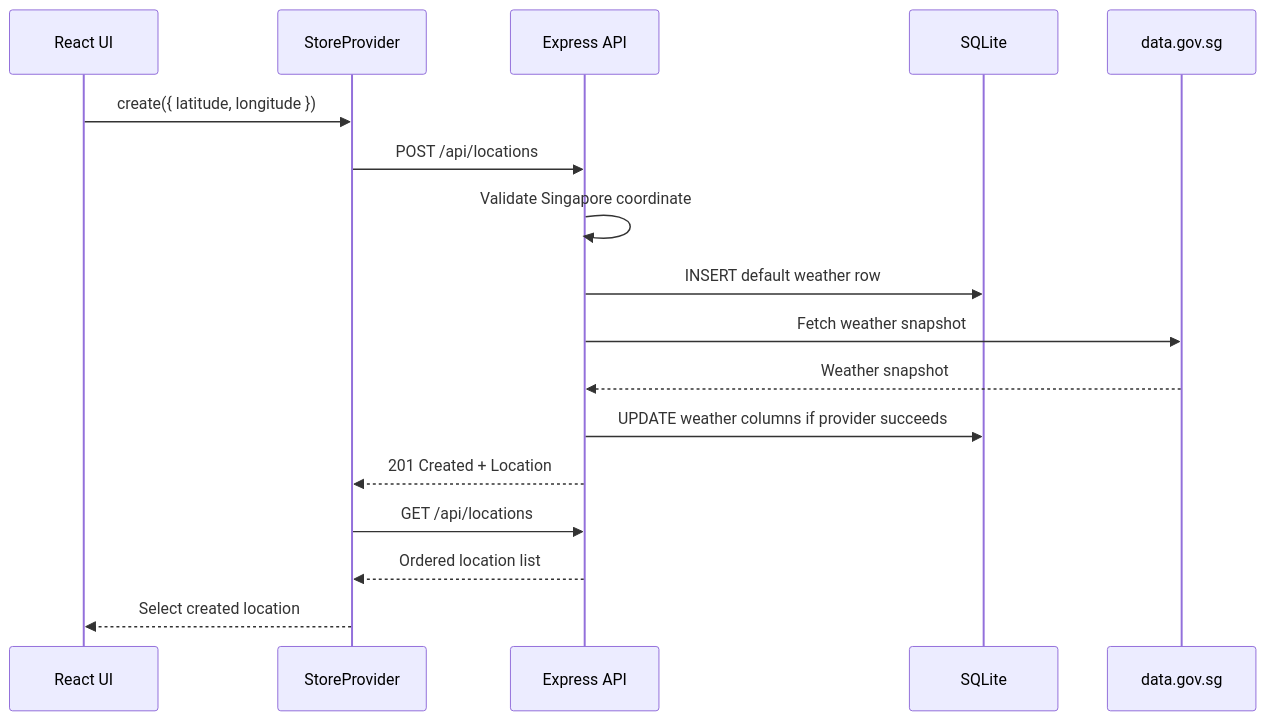
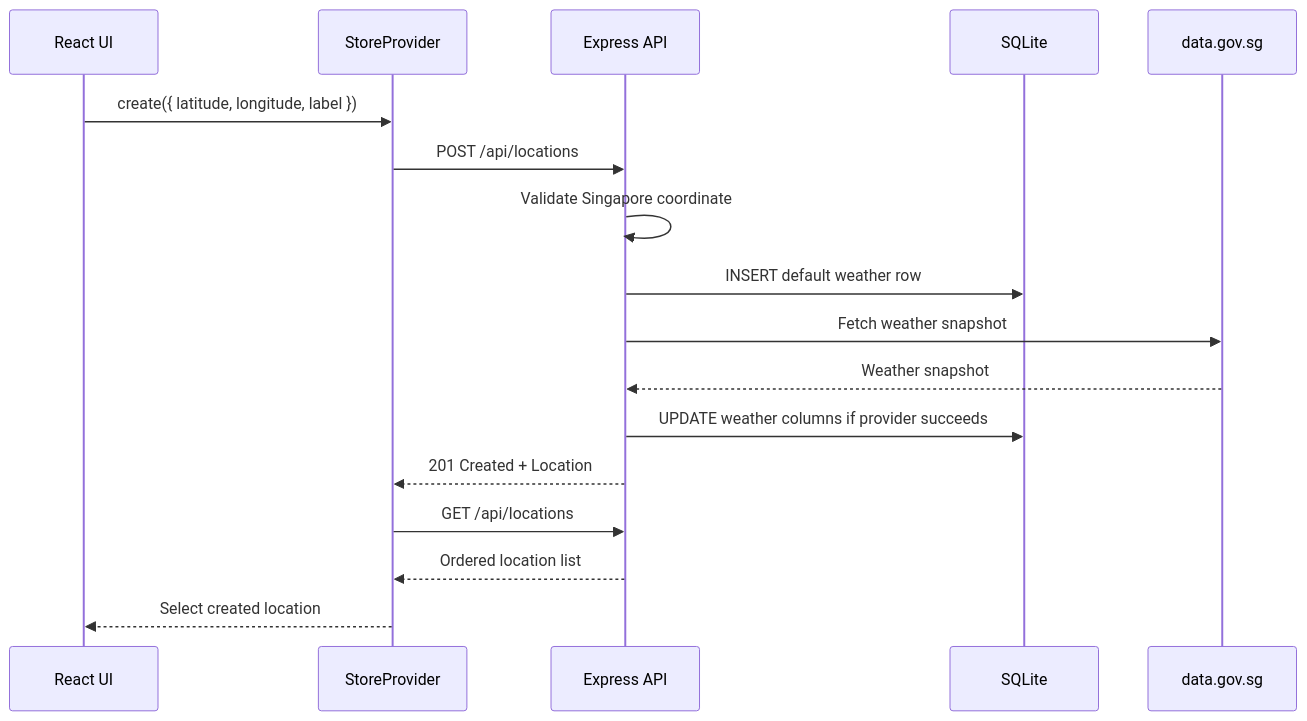
The second of 3 diagrams in docs/src/content/docs/guides/adding-locations.md (optiflow/sg-weather-ops-dashboard), drawn with Mermaid before and after one commit. The commit also changed other lines of this file and 52 other files, not shown here.

Commit message:
Refactor weather dashboard data flow and UI

````diff
--- a/docs/src/content/docs/guides/adding-locations.md
+++ b/docs/src/content/docs/guides/adding-locations.md
@@ -95,20 +96,20 @@
 ```mermaid
 sequenceDiagram
   participant UI as React UI
   participant Store as StoreProvider
   participant API as Express API
   participant DB as SQLite
   participant Gov as data.gov.sg
 
-  UI->>Store: create({ latitude, longitude })
+  UI->>Store: create({ latitude, longitude, label })
   Store->>API: POST /api/locations
   API->>API: Validate Singapore coordinate
   API->>DB: INSERT default weather row
   API->>Gov: Fetch weather snapshot
   Gov-->>API: Weather snapshot
   API->>DB: UPDATE weather columns if provider succeeds
   API-->>Store: 201 Created + Location
   Store->>API: GET /api/locations
   API-->>Store: Ordered location list
   Store-->>UI: Select created location
 ```
````
